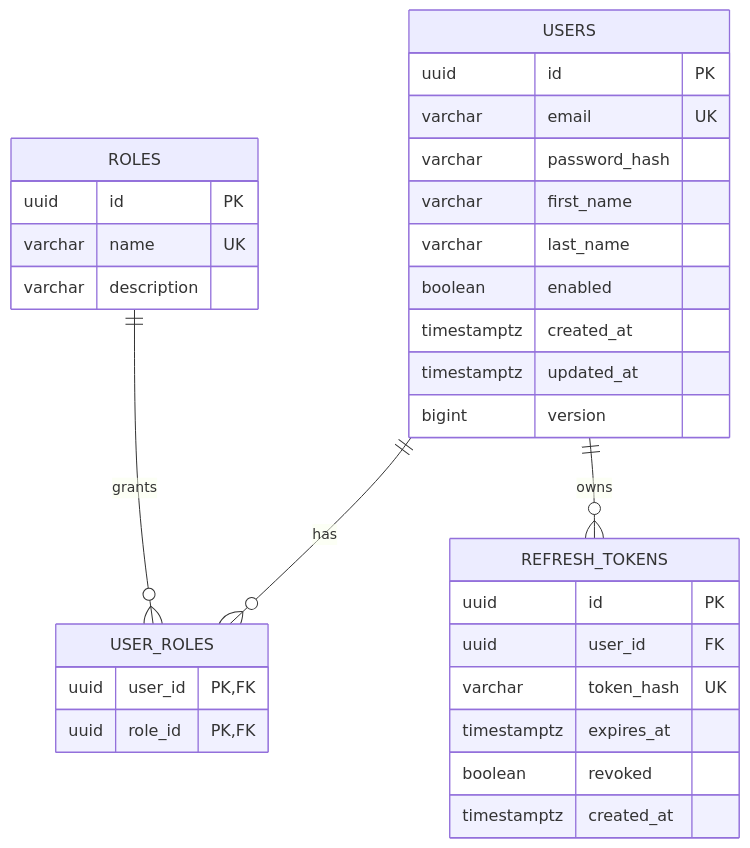
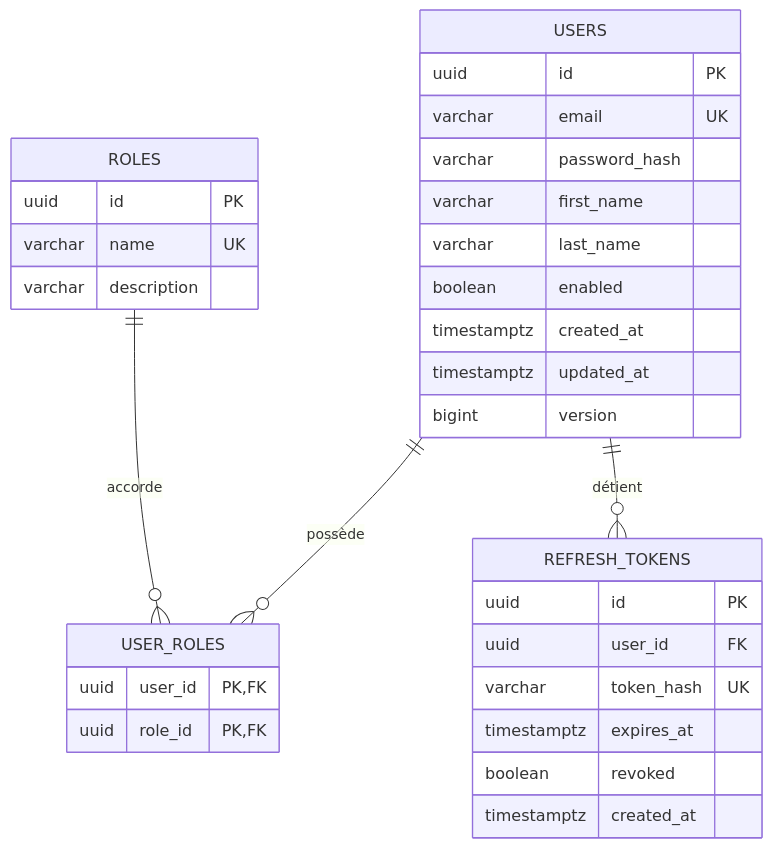
One commit to zakaech/logistics-microservices-platform changed the first of 3 diagrams in docs/02-data-model.md. Above: the diagram before and after it, drawn with Mermaid. The commit also changed other lines of this file and 108 other files, not shown here.

````diff
--- a/docs/02-data-model.md
+++ b/docs/02-data-model.md
@@ -20,35 +23,35 @@
 ```mermaid
 erDiagram
-    USERS ||--o{ USER_ROLES : has
-    ROLES ||--o{ USER_ROLES : grants
-    USERS ||--o{ REFRESH_TOKENS : owns
+    USERS ||--o{ USER_ROLES : "possède"
+    ROLES ||--o{ USER_ROLES : "accorde"
+    USERS ||--o{ REFRESH_TOKENS : "détient"
 
     USERS {
         uuid id PK
         varchar email UK
         varchar password_hash
         varchar first_name
         varchar last_name
         boolean enabled
         timestamptz created_at
         timestamptz updated_at
         bigint version
     }
     ROLES {
         uuid id PK
         varchar name UK
         varchar description
     }
     USER_ROLES {
         uuid user_id PK,FK
         uuid role_id PK,FK
     }
     REFRESH_TOKENS {
         uuid id PK
         uuid user_id FK
         varchar token_hash UK
         timestamptz expires_at
         boolean revoked
         timestamptz created_at
     }
 ```
````
